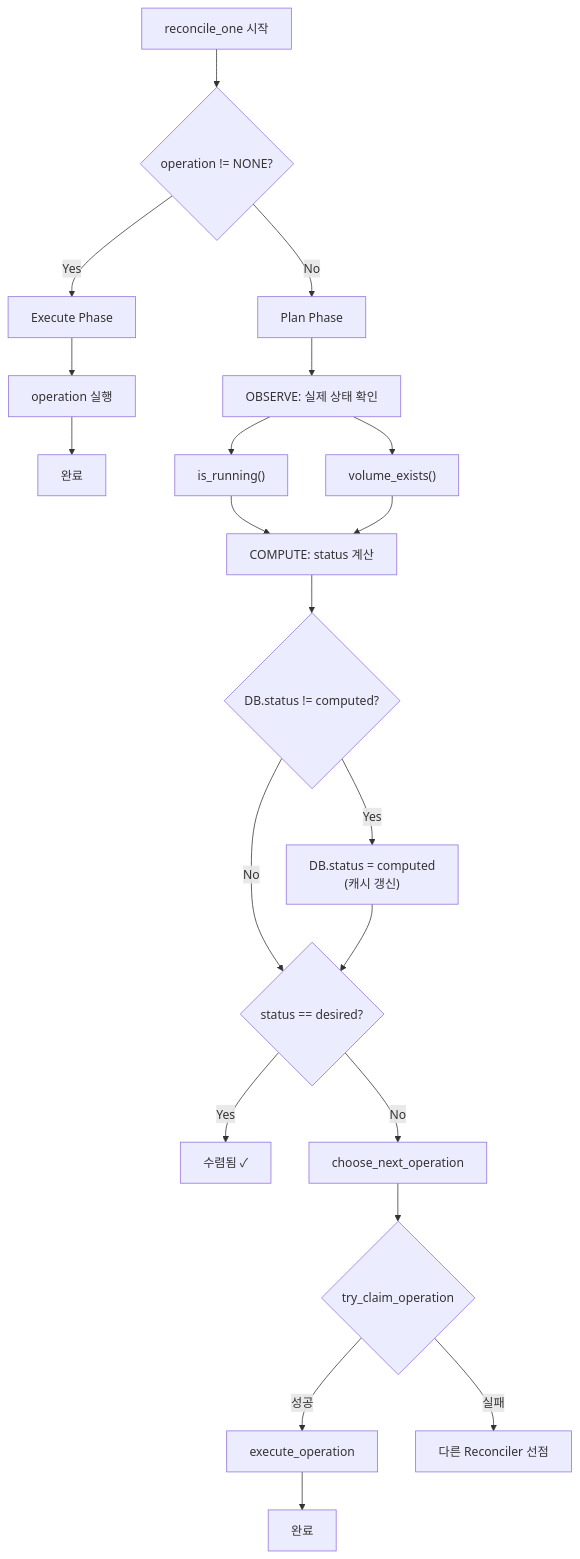
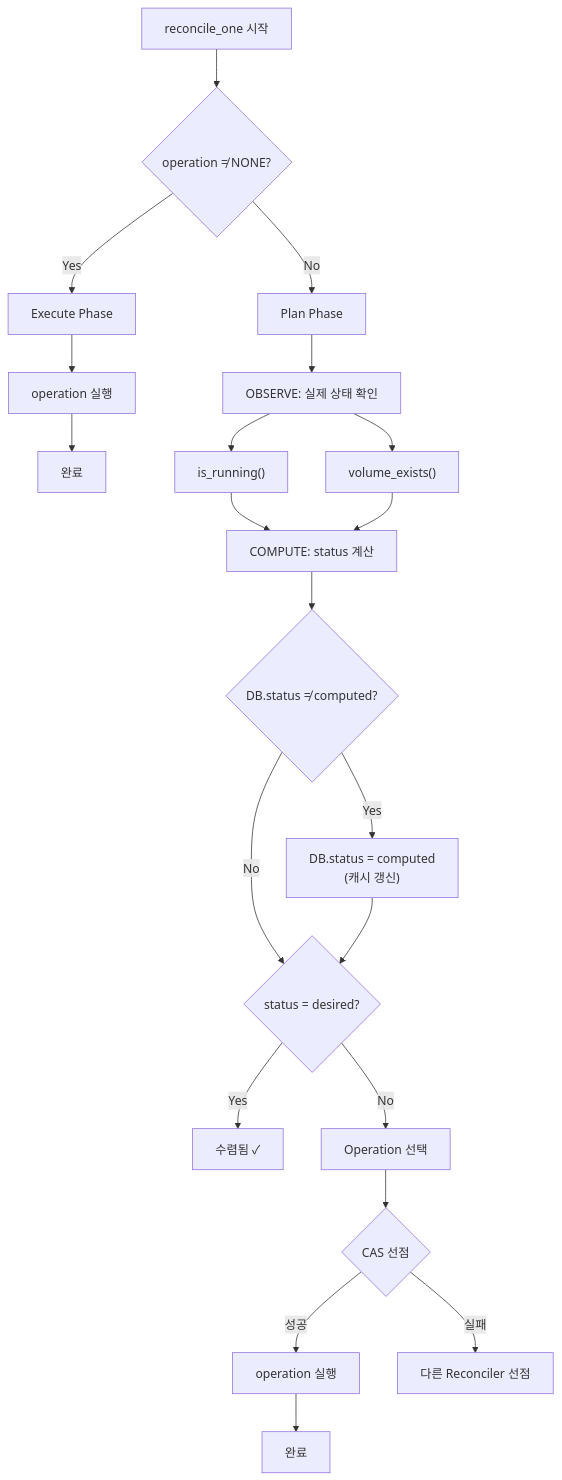
One commit to cagojeiger/code-hub changed the second of 2 diagrams in docs/spec_v2/reconciler.md. Above: the diagram before and after it, drawn with Mermaid. The commit also changed other lines of this file and 11 other files, not shown here.

````diff
--- a/docs/spec_v2/reconciler.md
+++ b/docs/spec_v2/reconciler.md
@@ -483,31 +227,31 @@
 ```mermaid
 flowchart TD
-    START[reconcile_one 시작] --> CHECK_OP{operation != NONE?}
+    START[reconcile_one 시작] --> CHECK_OP{operation ≠ NONE?}
 
     CHECK_OP -->|Yes| EXEC_PHASE[Execute Phase]
     CHECK_OP -->|No| PLAN_PHASE[Plan Phase]
 
     EXEC_PHASE --> EXEC[operation 실행]
     EXEC --> DONE1[완료]
 
     PLAN_PHASE --> OBSERVE[OBSERVE: 실제 상태 확인]
     OBSERVE --> OBS_C["is_running()"]
     OBSERVE --> OBS_V["volume_exists()"]
 
     OBS_C & OBS_V --> COMPUTE[COMPUTE: status 계산]
 
-    COMPUTE --> UPDATE_DB{DB.status != computed?}
+    COMPUTE --> UPDATE_DB{DB.status ≠ computed?}
     UPDATE_DB -->|Yes| SAVE["DB.status = computed<br/>(캐시 갱신)"]
     UPDATE_DB -->|No| COMPARE
     SAVE --> COMPARE
 
-    COMPARE{status == desired?}
+    COMPARE{status = desired?}
     COMPARE -->|Yes| DONE2[수렴됨 ✓]
-    COMPARE -->|No| CHOOSE[choose_next_operation]
+    COMPARE -->|No| CHOOSE[Operation 선택]
 
-    CHOOSE --> CLAIM{try_claim_operation}
-    CLAIM -->|성공| EXEC2[execute_operation]
+    CHOOSE --> CLAIM{CAS 선점}
+    CLAIM -->|성공| EXEC2[operation 실행]
     CLAIM -->|실패| SKIP[다른 Reconciler 선점]
 
     EXEC2 --> DONE3[완료]
 ```
````
